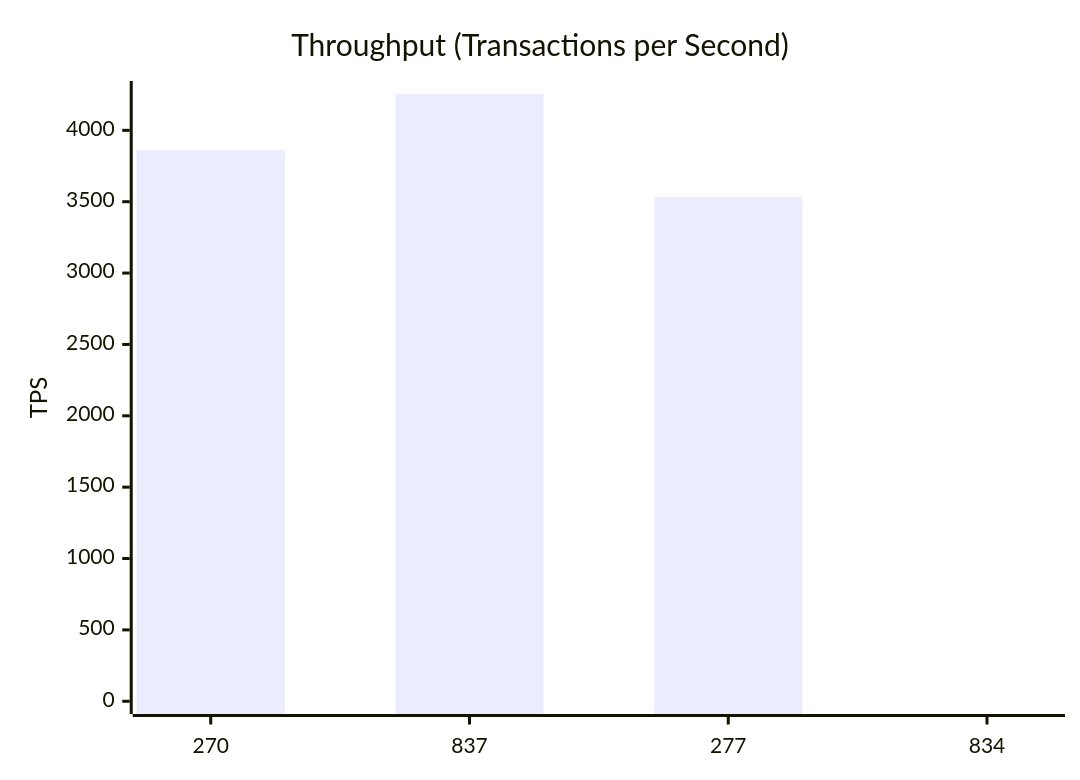
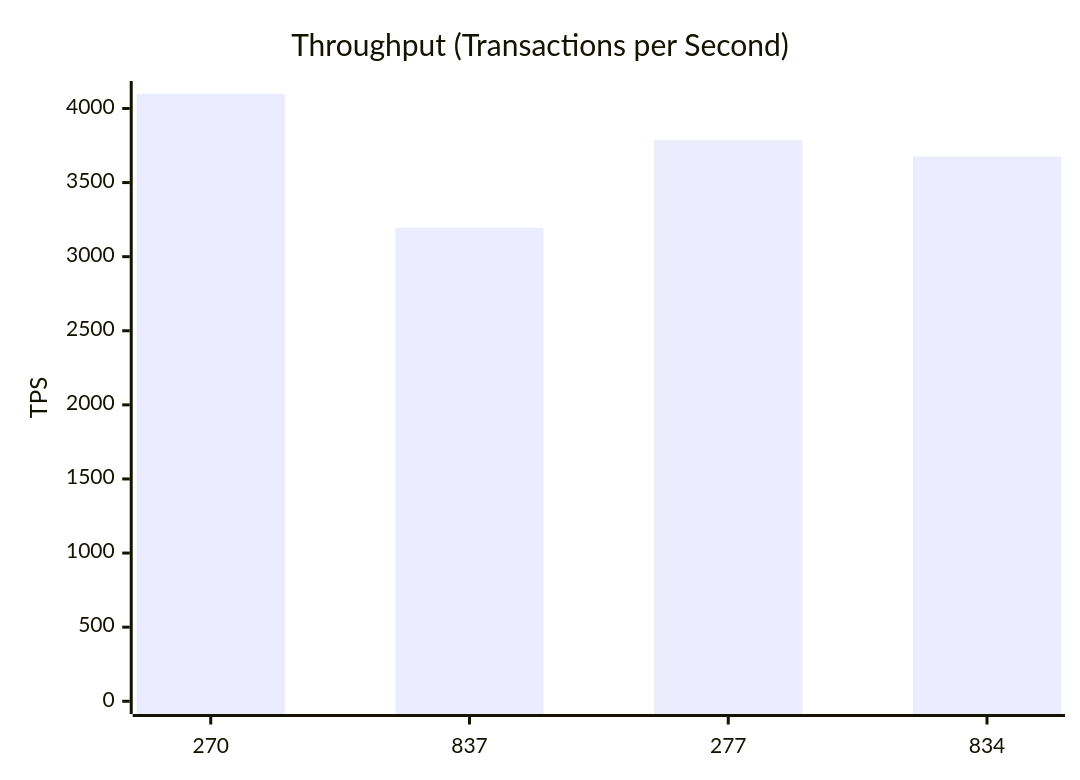
Before and after one commit to dhagan-va/intern-2025: the second of 10 diagrams in test-tools/DataGen/src/Statistics_Visualizer.md, drawn with Mermaid. The commit also changed other lines of this file, not shown here.

````diff
--- a/test-tools/DataGen/src/Statistics_Visualizer.md
+++ b/test-tools/DataGen/src/Statistics_Visualizer.md
@@ -29,7 +29,7 @@
 ```mermaid
 xychart-beta
     title "Throughput (Transactions per Second)"
     x-axis ["270", "837", "277", "834"]
-    y-axis "TPS" 0 --> 4256.337256754284
-    bar [3861.0187684122334, 4255.337256754284, 3533.5938769885297]
+    y-axis "TPS" 0 --> 4099.343859246478
+    bar [4098.343859246478, 3194.8779716358736, 3787.907484147607, 3676.4841047209734]
 ```
````
